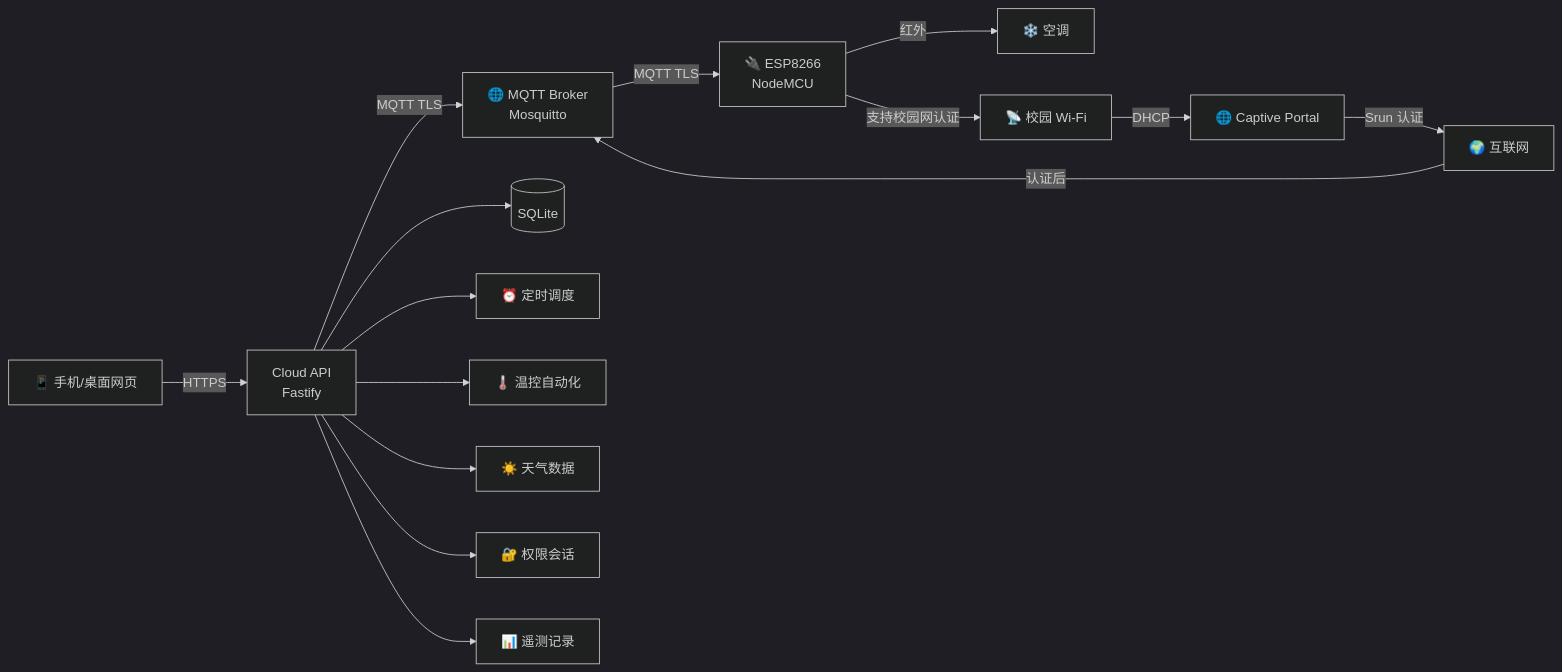
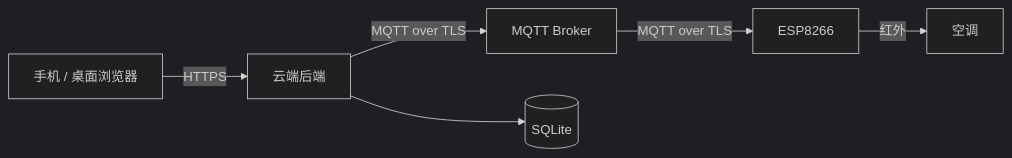
Before and after one commit to nobodycareme/remote-ac-controller: the diagram in README.md, drawn with Mermaid (dark theme). The commit also changed other lines of this file and 1 other file, not shown here.

````diff
--- a/README.md
+++ b/README.md
@@ -54,19 +91,8 @@
 ```mermaid
 graph LR
-    A[📱 手机/桌面网页] -->|HTTPS| B[Cloud API<br/>Fastify]
-    B -->|MQTT TLS| C[🌐 MQTT Broker<br/>Mosquitto]
-    C -->|MQTT TLS| D[🔌 ESP8266<br/>NodeMCU]
-    D -->|红外| E[❄️ 空调]
-
-    D -->|支持校园网认证| P[📡 校园 Wi-Fi]
-    P -->|DHCP| Q[🌐 Captive Portal]
-    Q -->|Srun 认证| R[🌍 互联网]
-    R -->|认证后| C
-
+    A[手机 / 桌面浏览器] -->|HTTPS| B[云端后端]
+    B -->|MQTT over TLS| C[MQTT Broker]
+    C -->|MQTT over TLS| D[ESP8266]
+    D -->|红外| E[空调]
     B --> F[(SQLite)]
-    B --> G[⏰ 定时调度]
-    B --> H[🌡️ 温控自动化]
-    B --> I[☀️ 天气数据]
-    B --> J[🔐 权限会话]
-    B --> K[📊 遥测记录]
 ```
````
